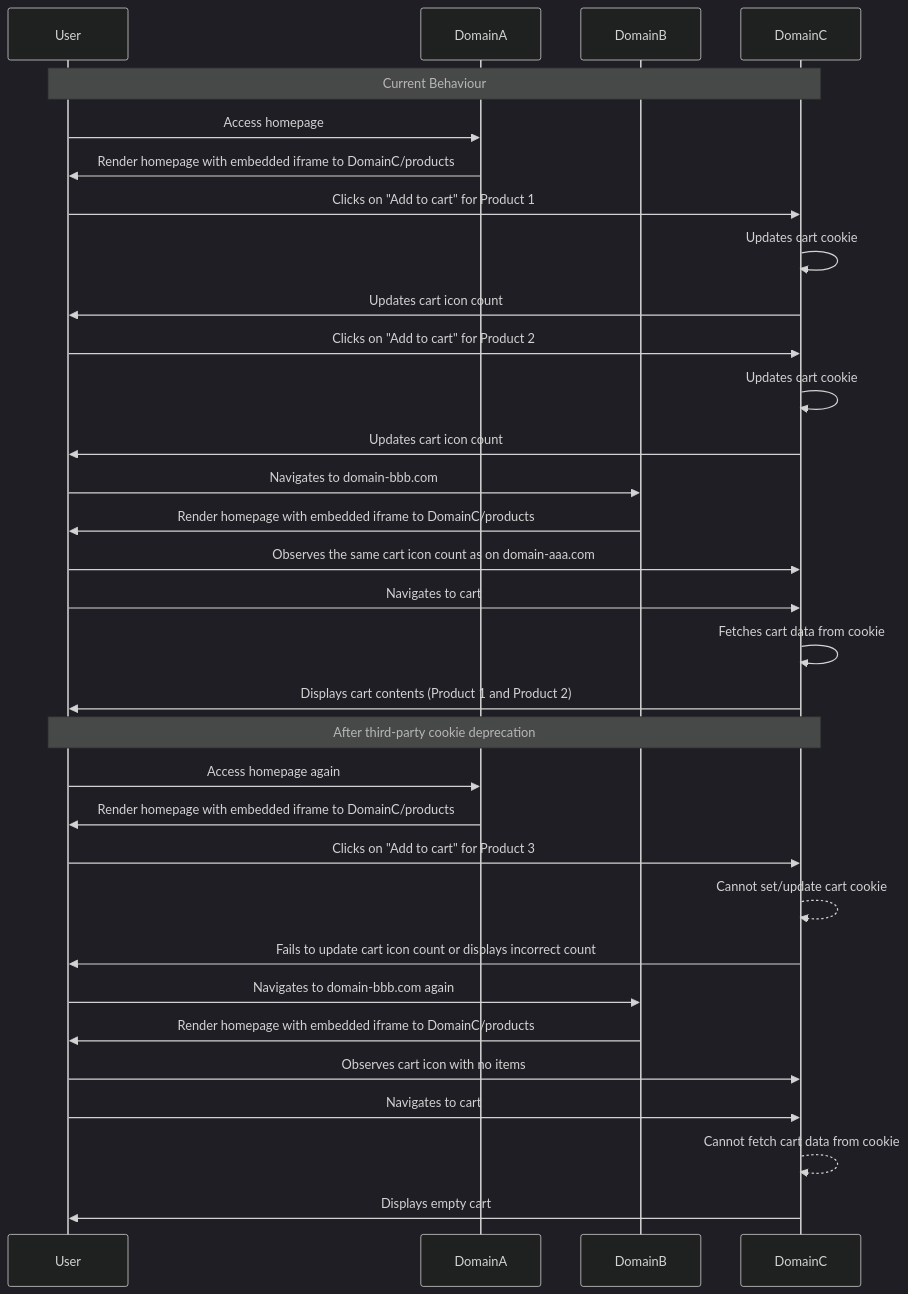
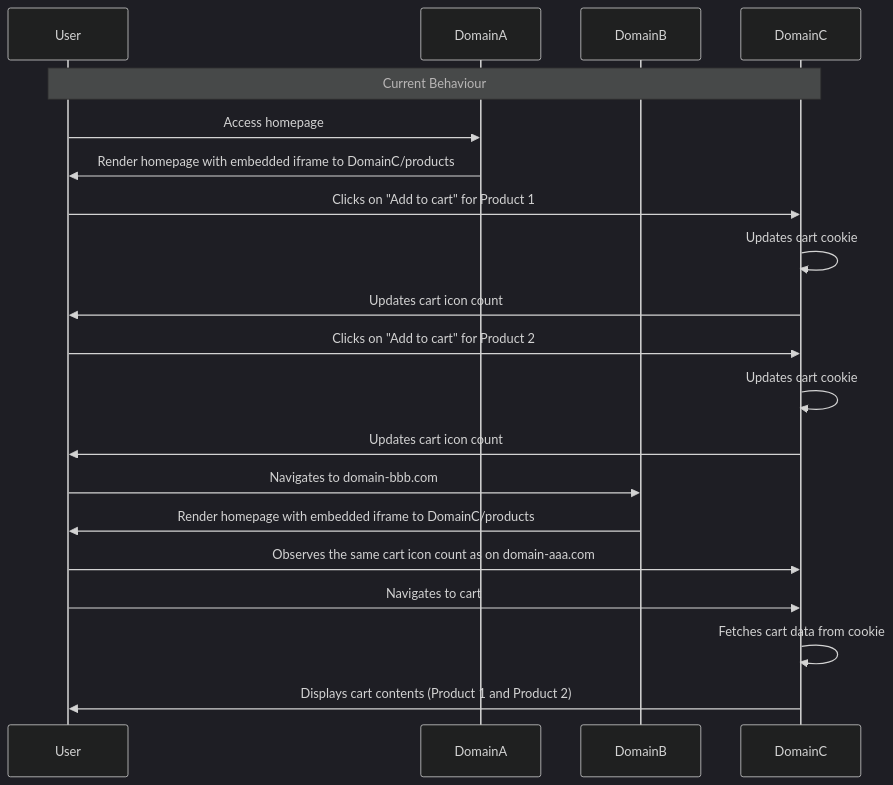
One commit to rtCamp/ps-analysis-tool-wiki changed the second of 3 diagrams in Site-Analysis-Methodology.md. Above: the diagram before and after it, drawn with Mermaid (dark theme). The commit also changed other lines of this file, not shown here.

Commit message:
Updated Site Analysis Methodology (markdown)

````diff
--- a/Site-Analysis-Methodology.md
+++ b/Site-Analysis-Methodology.md
@@ -275,38 +269,24 @@
 ```mermaid
 sequenceDiagram
     participant User
     participant DomainA
     participant DomainB
     participant DomainC
 
     Note over User,DomainC: Current Behaviour
 
     User->>DomainA: Access homepage
     DomainA->>User: Render homepage with embedded iframe to DomainC/products
     User->>DomainC: Clicks on "Add to cart" for Product 1
     DomainC->>DomainC: Updates cart cookie
     DomainC->>User: Updates cart icon count
     User->>DomainC: Clicks on "Add to cart" for Product 2
     DomainC->>DomainC: Updates cart cookie
     DomainC->>User: Updates cart icon count
     User->>DomainB: Navigates to domain-bbb.com
     DomainB->>User: Render homepage with embedded iframe to DomainC/products
     User->>DomainC: Observes the same cart icon count as on domain-aaa.com
     User->>DomainC: Navigates to cart
     DomainC->>DomainC: Fetches cart data from cookie
     DomainC->>User: Displays cart contents (Product 1 and Product 2)
-
-    Note over User,DomainC: After third-party cookie deprecation
-
-    User->>DomainA: Access homepage again
-    DomainA->>User: Render homepage with embedded iframe to DomainC/products
-    User->>DomainC: Clicks on "Add to cart" for Product 3
-    DomainC-->>DomainC: Cannot set/update cart cookie
-    DomainC->>User: Fails to update cart icon count or displays incorrect count
-    User->>DomainB: Navigates to domain-bbb.com again
-    DomainB->>User: Render homepage with embedded iframe to DomainC/products
-    User->>DomainC: Observes cart icon with no items
-    User->>DomainC: Navigates to cart
-    DomainC-->>DomainC: Cannot fetch cart data from cookie
-    DomainC->>User: Displays empty cart
 ```
````
